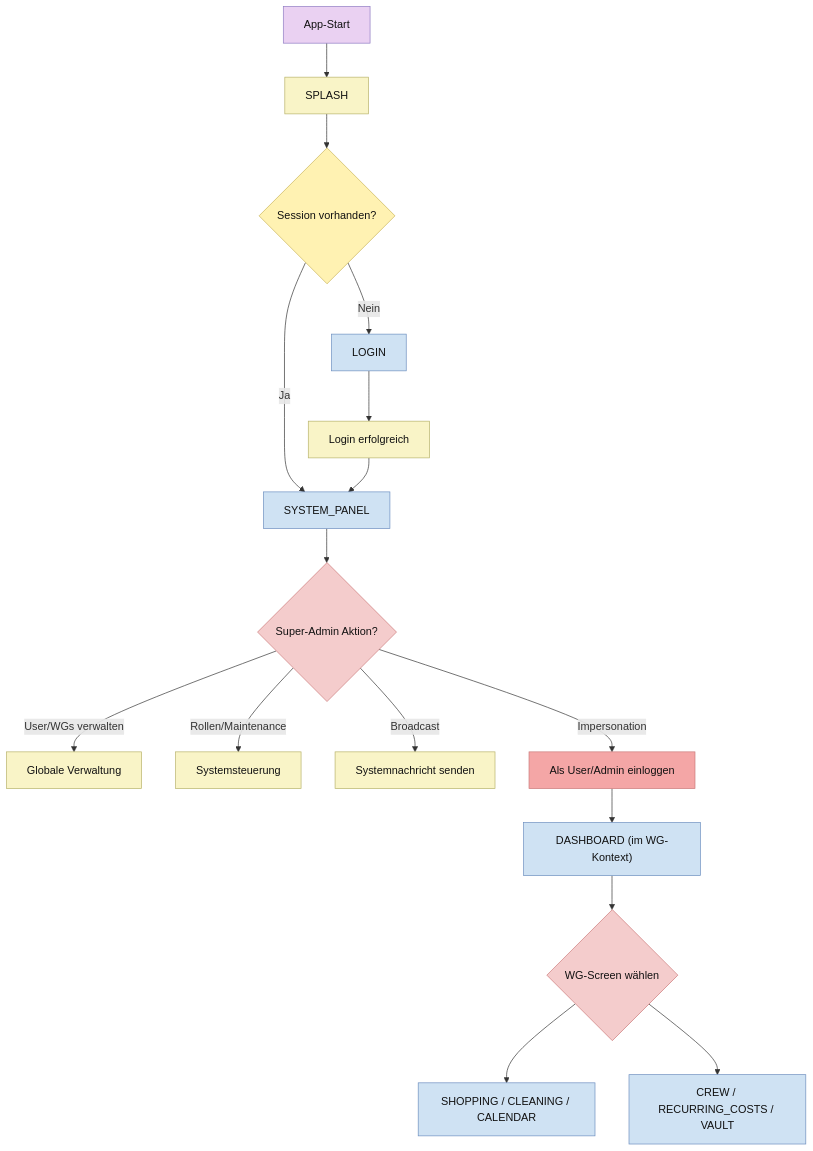
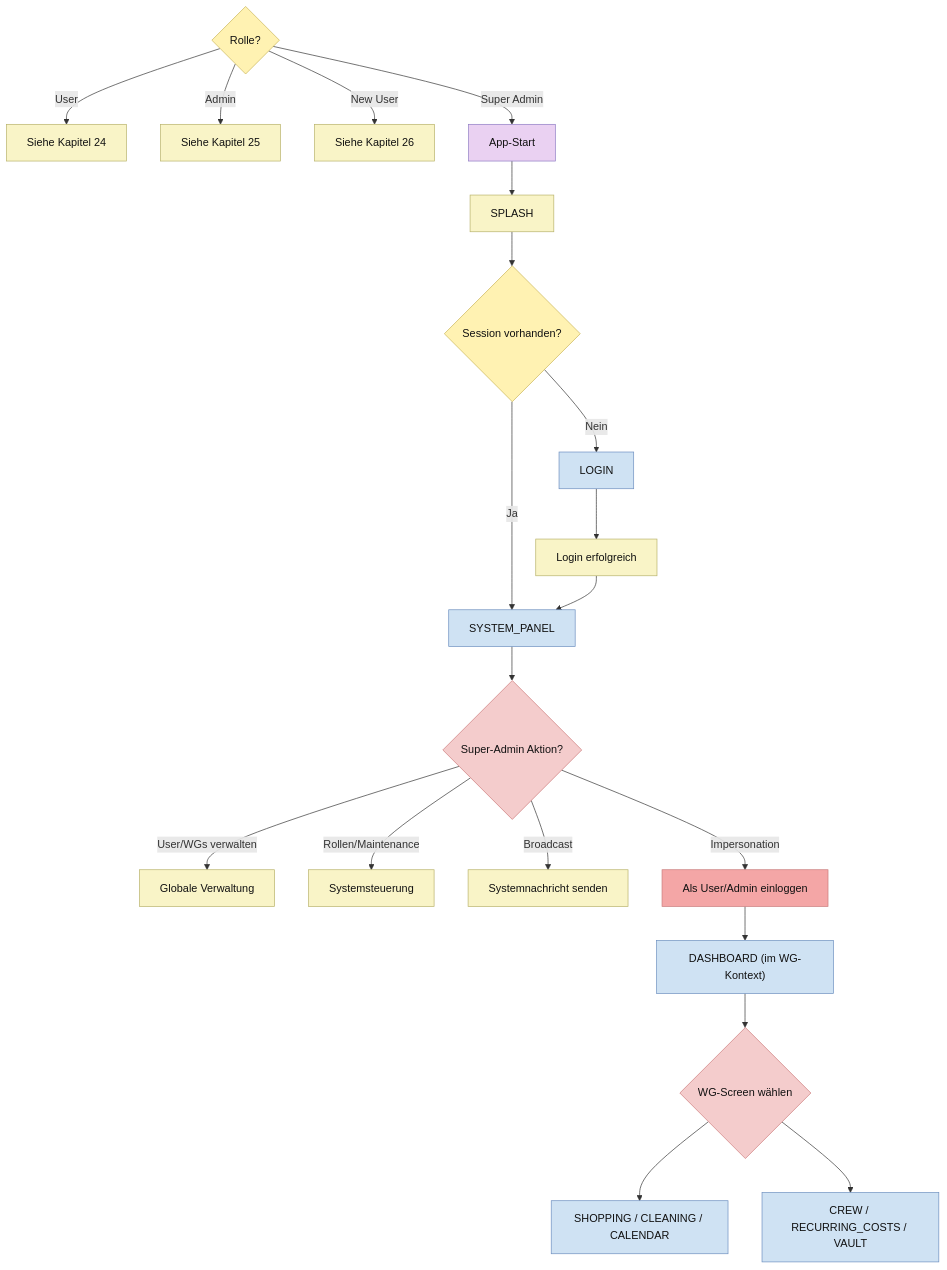
Before and after one commit to Nejy190501/WGManager: diagram 27 of 27 in ABLAUFDIAGRAMM.md, drawn with Mermaid. The commit also changed other lines of this file, not shown here.

````diff
--- a/ABLAUFDIAGRAMM.md
+++ b/ABLAUFDIAGRAMM.md
@@ -1382,35 +1403,41 @@
 ```mermaid
 flowchart TD
+    RLQ{"Rolle?"}
+    RLQ -->|User| RX["Siehe Kapitel 24"]
+    RLQ -->|Admin| RY["Siehe Kapitel 25"]
+    RLQ -->|New User| RZ["Siehe Kapitel 26"]
+    RLQ -->|Super Admin| A
+
     A["App-Start"] --> B["SPLASH"]
     B --> C{"Session vorhanden?"}
     C -->|Ja| D["SYSTEM_PANEL"]
     C -->|Nein| E["LOGIN"]
     E --> F["Login erfolgreich"]
     F --> D
 
     D --> G{"Super-Admin Aktion?"}
     G -->|User/WGs verwalten| H["Globale Verwaltung"]
     G -->|Rollen/Maintenance| I["Systemsteuerung"]
     G -->|Broadcast| J["Systemnachricht senden"]
     G -->|Impersonation| K["Als User/Admin einloggen"]
 
     K --> L["DASHBOARD (im WG-Kontext)"]
     L --> M{"WG-Screen wählen"}
     M --> N["SHOPPING / CLEANING / CALENDAR"]
     M --> O["CREW / RECURRING_COSTS / VAULT"]
 
     classDef userAction fill:#ead1f2,stroke:#8e7cc3,color:#111;
     classDef systemAction fill:#f9f4c7,stroke:#b7b26a,color:#111;
     classDef userDecision fill:#f4cccc,stroke:#cc7a7a,color:#111;
     classDef systemDecision fill:#fff2b2,stroke:#c9b458,color:#111;
     classDef button fill:#f4a6a6,stroke:#c97b7b,color:#111;
     classDef userInput fill:#f8d7da,stroke:#d49aa2,color:#111;
     classDef screen fill:#cfe2f3,stroke:#6c8ebf,color:#111;
 
     class A userAction;
-    class B,F,H,I,J systemAction;
+    class B,F,H,I,J,RX,RY,RZ systemAction;
     class G,M userDecision;
-    class C systemDecision;
+    class C,RLQ systemDecision;
     class K button;
     class D,E,L,N,O screen;
 ```
````
